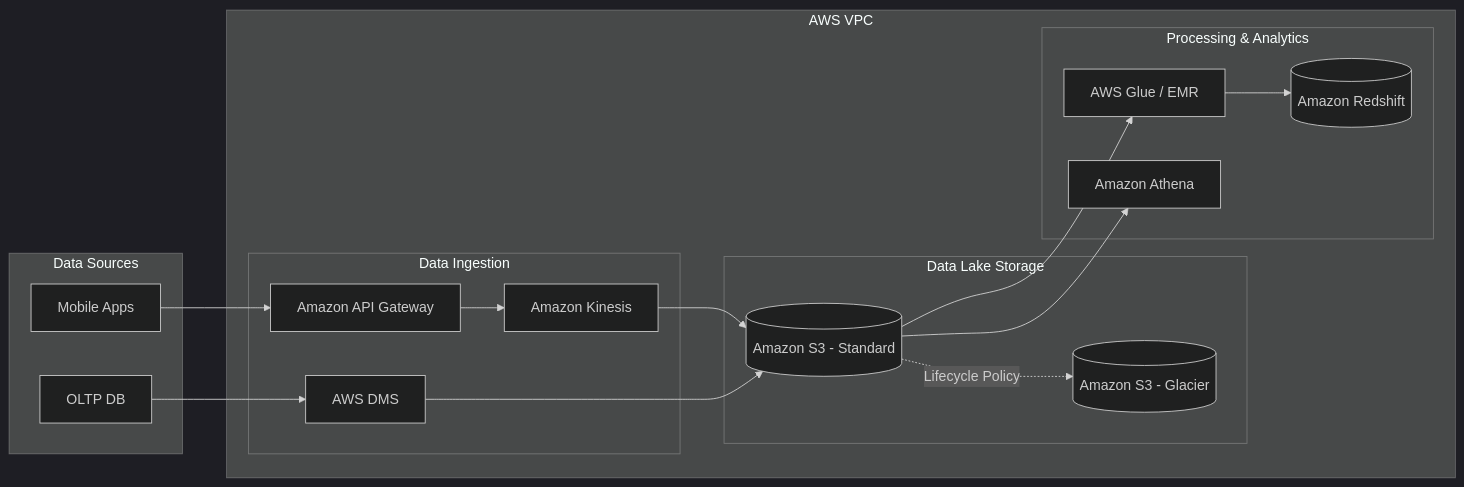
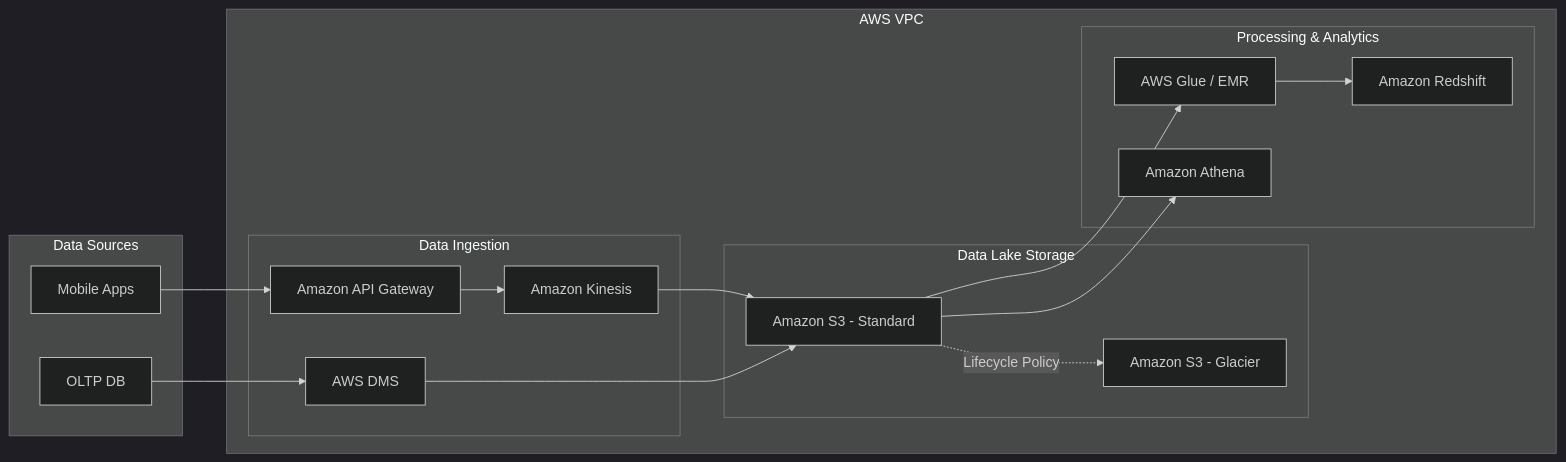
Before and after one commit to kythuatdulieu/kythuatdulieu.github.io: the diagram in src/content/docs/interview/cloud-platform-interview.md, drawn with Mermaid (dark theme). The commit also changed other lines of this file and 175 other files, not shown here.

Commit message:
docs: content audit, correct Mermaid diagrams, fix external links, and auto-inject popovers

````diff
--- a/src/content/docs/interview/cloud-platform-interview.md
+++ b/src/content/docs/interview/cloud-platform-interview.md
@@ -54,36 +54,38 @@
 ```mermaid
 graph LR
-    subgraph Data Sources
-        A[Mobile Apps]
-        B[OLTP DB]
+    subgraph "Data Sources"
+        A["Mobile Apps"]
+        B["OLTP DB"]
     end
 
-    subgraph AWS VPC
-        subgraph Data Ingestion
-            C[Amazon API Gateway]
-            D[Amazon Kinesis]
-            E[AWS DMS]
+    subgraph "AWS VPC"
+        subgraph "Data Ingestion"
+            C["Amazon API Gateway"]
+            D["Amazon Kinesis"]
+            E["AWS DMS"]
         end
 
-        subgraph Data Lake Storage
-            F[(Amazon S3 - Standard)]
-            G[(Amazon S3 - Glacier)]
+        subgraph "Data Lake Storage"
+            F["Amazon S3 - Standard"]
+            G["Amazon S3 - Glacier"]
         end
 
-        subgraph Processing & Analytics
-            H[AWS Glue / EMR]
-            I[Amazon Athena]
-            J[(Amazon Redshift)]
+        subgraph "Processing & Analytics"
+            H["AWS Glue / EMR"]
+            I["Amazon Athena"]
+            J["Amazon Redshift"]
         end
     end
 
     A --> C
     C --> D
     B --> E
     D --> F
     E --> F
     F -. "Lifecycle Policy" .-> G
     F --> H
     H --> J
     F --> I
+
+
 ```
````
